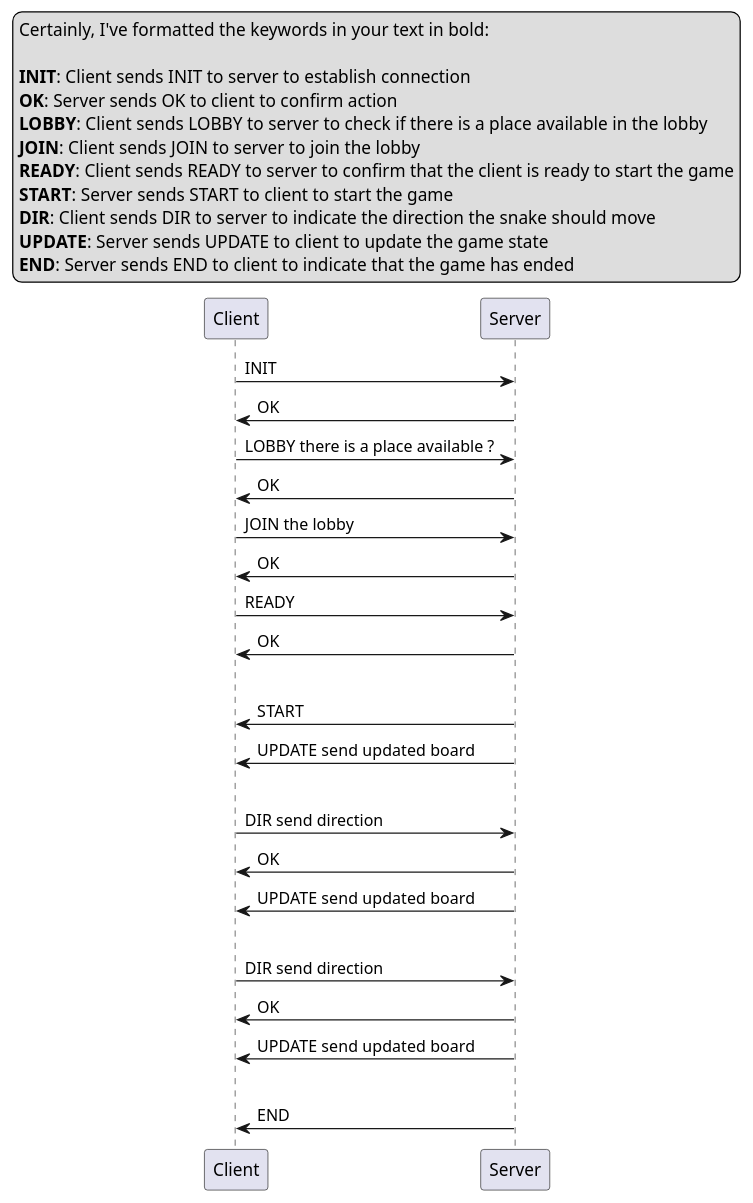
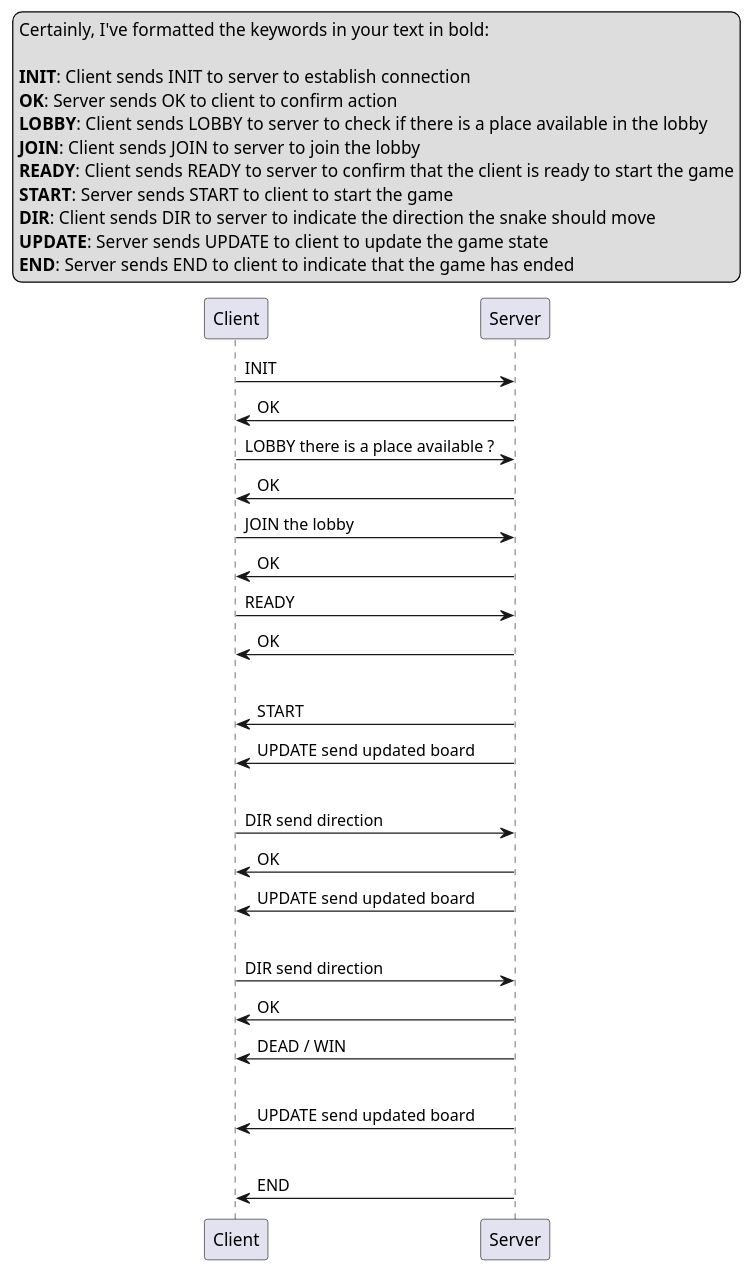
One commit to Theodrosrun/loop-of-legends changed the diagram in docs/ProtocolDiagram.puml. Above: the diagram before and after it, drawn with PlantUML.

Commit message:
WORK: Protocole

```diff
--- a/docs/ProtocolDiagram.puml
+++ b/docs/ProtocolDiagram.puml
@@ -2,38 +2,40 @@
 @startuml Loop of Legends: The Multi-Snake Challenge
 
 legend top
 Certainly, I've formatted the keywords in your text in bold:
 
 **INIT**: Client sends INIT to server to establish connection
 **OK**: Server sends OK to client to confirm action
 **LOBBY**: Client sends LOBBY to server to check if there is a place available in the lobby
 **JOIN**: Client sends JOIN to server to join the lobby
 **READY**: Client sends READY to server to confirm that the client is ready to start the game
 **START**: Server sends START to client to start the game
 **DIR**: Client sends DIR to server to indicate the direction the snake should move
 **UPDATE**: Server sends UPDATE to client to update the game state
 **END**: Server sends END to client to indicate that the game has ended
 endlegend
 
 Client -> Server :INIT
 Server -> Client :OK
 Client -> Server :LOBBY there is a place available ?
 Server -> Client :OK
 Client -> Server :JOIN the lobby
 Server -> Client :OK
 Client -> Server :READY
 Server -> Client :OK
 |||
 Server -> Client :START
 Server -> Client :UPDATE send updated board
 |||
 Client -> Server :DIR send direction
 Server -> Client :OK
 Server -> Client :UPDATE send updated board
 |||
 Client -> Server :DIR send direction
 Server -> Client :OK
+Server -> Client :DEAD / WIN
+|||
 Server -> Client :UPDATE send updated board
 |||
 Server -> Client :END
 @enduml
```
